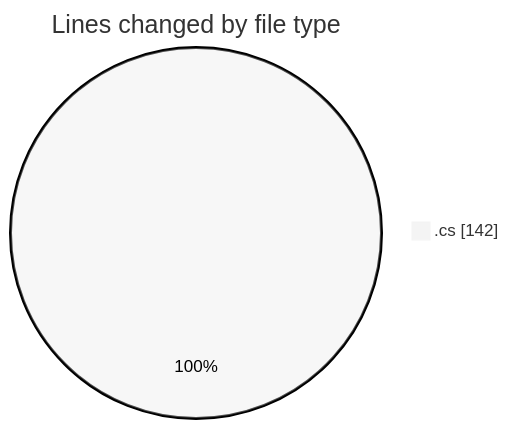
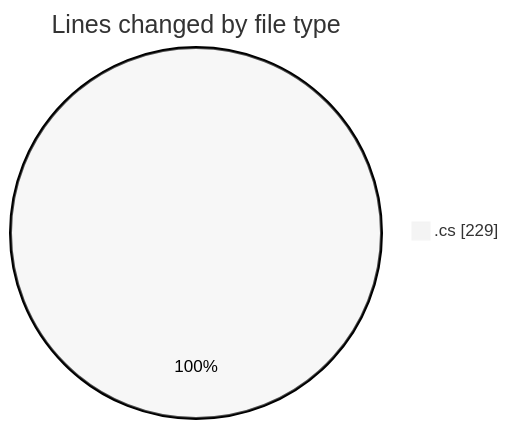
Before and after one commit to Unknowalive/code-tracking: the first of 2 diagrams in 2026-09-01/immersive_codes/README.md, drawn with Mermaid (neutral theme). The commit also changed other lines of this file and 1 other file, not shown here.

````diff
--- a/2026-09-01/immersive_codes/README.md
+++ b/2026-09-01/immersive_codes/README.md
@@ -20,5 +21,5 @@
 ```mermaid
 pie showData
 title Lines changed by file type
-".cs" : 142
+".cs" : 229
 ```
````
